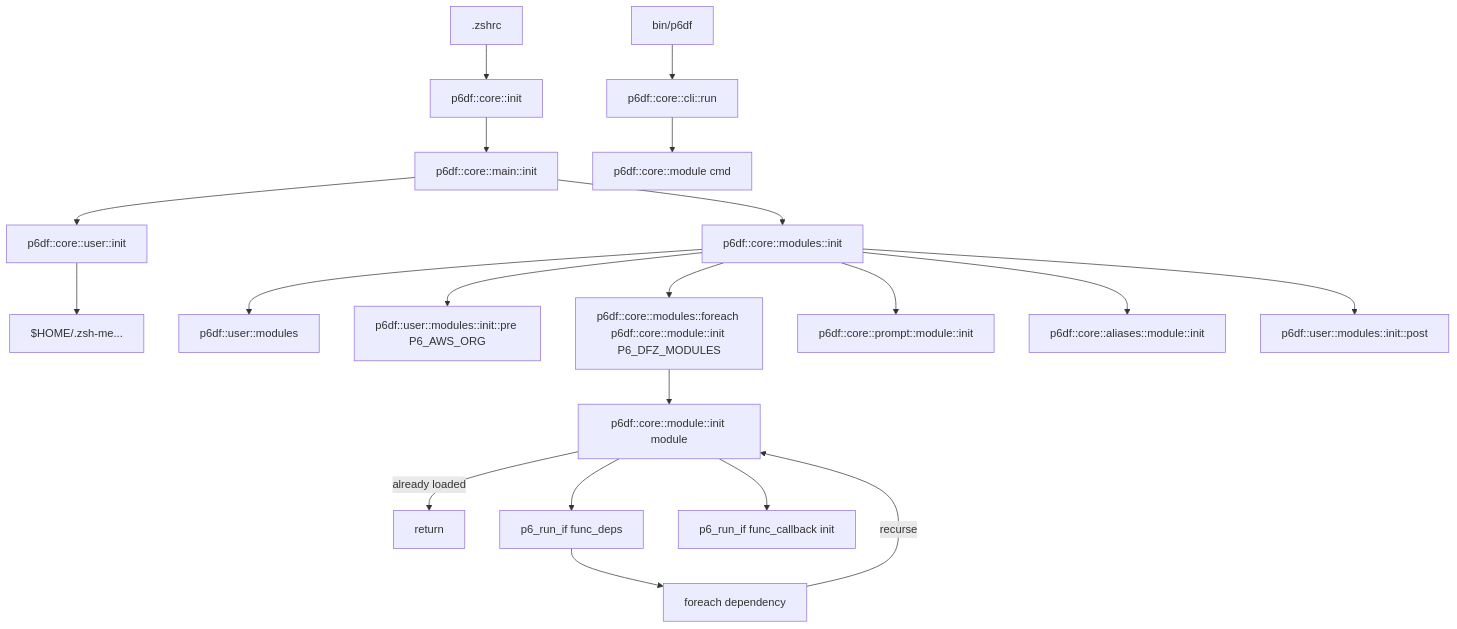
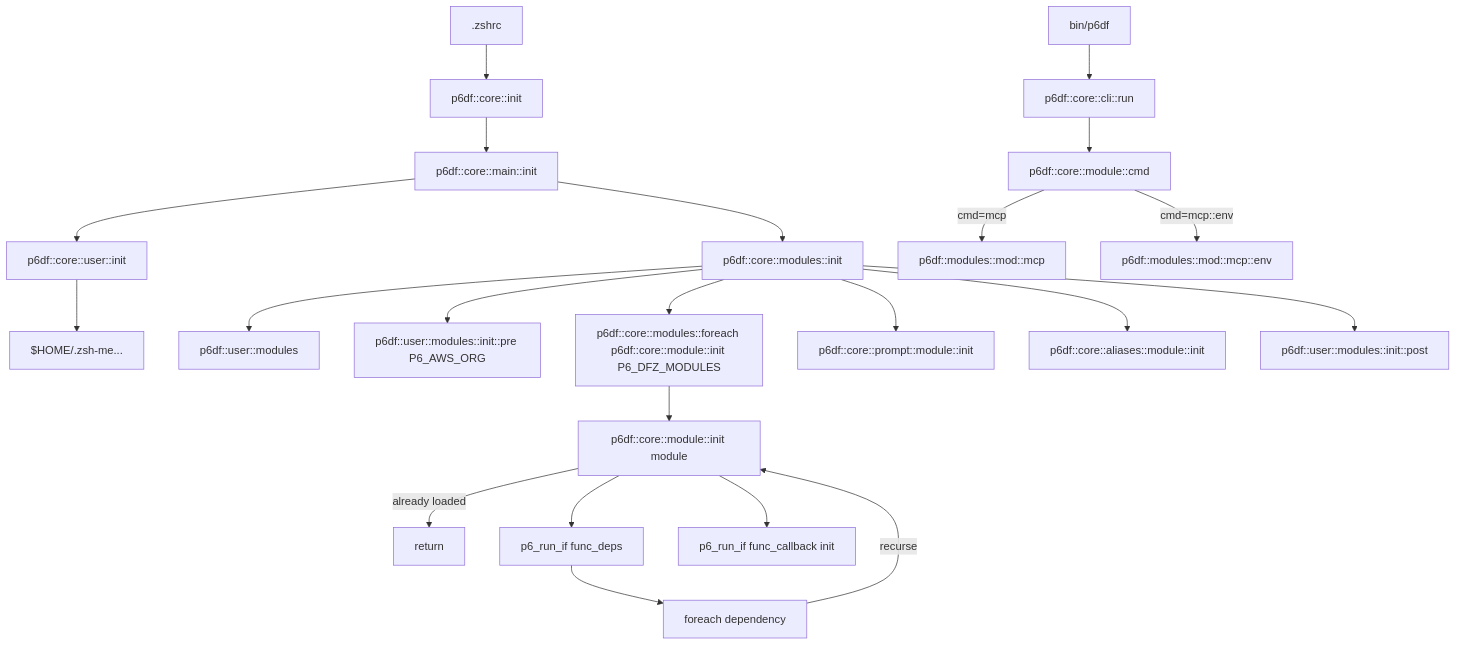
One commit to p6m7g8-dotfiles/p6df-core changed the diagram in doc/flow.md. Above: the diagram before and after it, drawn with Mermaid. The commit also changed other lines of this file and 2 other files, not shown here.

First line of the commit message:
docs: document mcp and mcp::env hook API (#47)

````diff
--- a/doc/flow.md
+++ b/doc/flow.md
@@ -46,32 +50,35 @@
 ```mermaid
 flowchart TD
     Z[.zshrc] --> A[p6df::core::init]
     A --> B[p6df::core::main::init]
 
     B --> C[p6df::core::user::init]
     C --> C1[$HOME/.zsh-me...]
 
     B --> D[p6df::core::modules::init]
 
     D --> E[p6df::user::modules]
     D --> F[p6df::user::modules::init::pre P6_AWS_ORG]
 
     D --> G[p6df::core::modules::foreach p6df::core::module::init P6_DFZ_MODULES]
 
     G --> H[p6df::core::module::init module]
 
     H -->|already loaded| R[return]
 
     H --> I[p6_run_if func_deps]
     I --> J[foreach dependency]
     J -->|recurse| H
 
     H --> K[p6_run_if func_callback init]
 
     D --> L[p6df::core::prompt::module::init]
     D --> M[p6df::core::aliases::module::init]
     D --> N[p6df::user::modules::init::post]
 
     CLI[bin/p6df] --> O[p6df::core::cli::run]
-    O --> P[p6df::core::module cmd]
+    O --> P[p6df::core::module::cmd]
+
+    P -->|cmd=mcp| MCP[p6df::modules::mod::mcp]
+    P -->|cmd=mcp::env| MCPENV[p6df::modules::mod::mcp::env]
 ```
````
